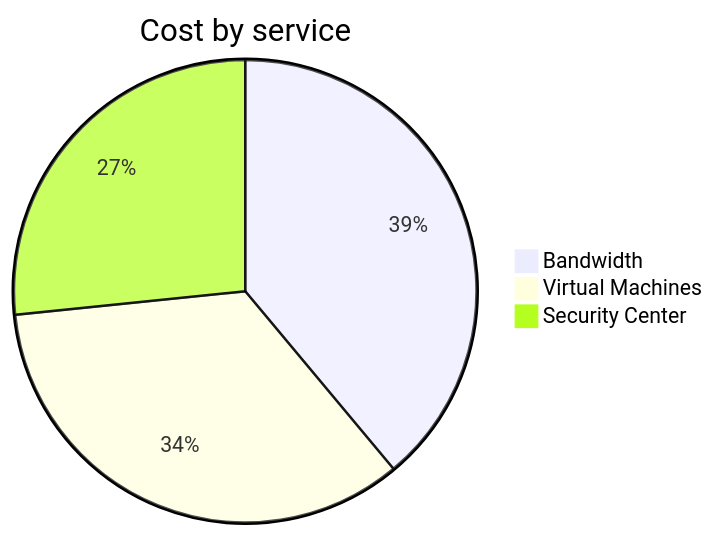
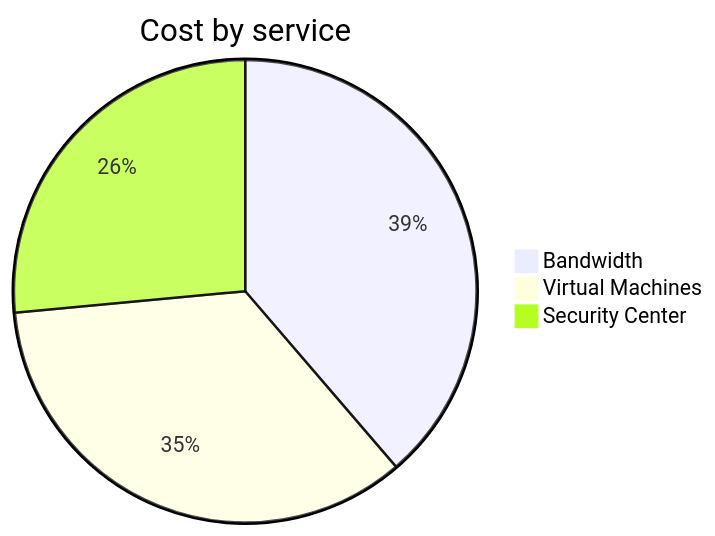
Before and after one commit to jpfulton/azure-personal-reports: the second of 4 diagrams in cost-reports/personal-network/ubuntu-vpn-server-spot.md, drawn with Mermaid. The commit also changed other lines of this file and 34 other files, not shown here.

````diff
--- a/cost-reports/personal-network/ubuntu-vpn-server-spot.md
+++ b/cost-reports/personal-network/ubuntu-vpn-server-spot.md
@@ -95,7 +95,7 @@
 ```mermaid
 pie
    title Cost by service
    "Bandwidth" : 2.69
-   "Virtual Machines" : 2.38
+   "Virtual Machines" : 2.42
    "Security Center" : 1.84
 ```
````
